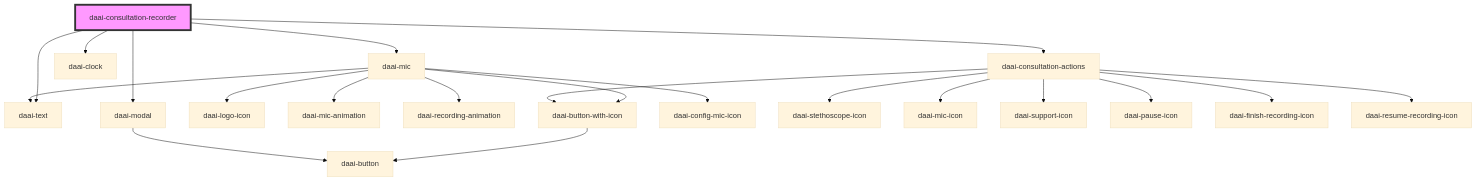
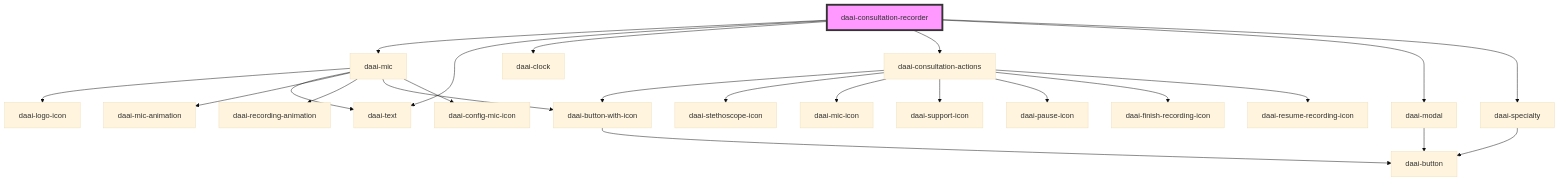
One commit to doctor-assistant/web-components changed the diagram in src/components/templates/daai-consultation-recorder/readme.md. Above: the diagram before and after it, drawn with Mermaid (base theme). The commit also changed other lines of this file and 20 other files, not shown here.

````diff
--- a/src/components/templates/daai-consultation-recorder/readme.md
+++ b/src/components/templates/daai-consultation-recorder/readme.md
@@ -30,24 +31,26 @@
 ```mermaid
 graph TD;
   daai-consultation-recorder --> daai-mic
   daai-consultation-recorder --> daai-text
   daai-consultation-recorder --> daai-clock
   daai-consultation-recorder --> daai-consultation-actions
   daai-consultation-recorder --> daai-modal
+  daai-consultation-recorder --> daai-specialty
   daai-mic --> daai-logo-icon
   daai-mic --> daai-text
   daai-mic --> daai-mic-animation
   daai-mic --> daai-recording-animation
   daai-mic --> daai-button-with-icon
   daai-mic --> daai-config-mic-icon
   daai-button-with-icon --> daai-button
   daai-consultation-actions --> daai-button-with-icon
   daai-consultation-actions --> daai-stethoscope-icon
   daai-consultation-actions --> daai-mic-icon
   daai-consultation-actions --> daai-support-icon
   daai-consultation-actions --> daai-pause-icon
   daai-consultation-actions --> daai-finish-recording-icon
   daai-consultation-actions --> daai-resume-recording-icon
   daai-modal --> daai-button
+  daai-specialty --> daai-button
   style daai-consultation-recorder fill:#f9f,stroke:#333,stroke-width:4px
 ```
````
